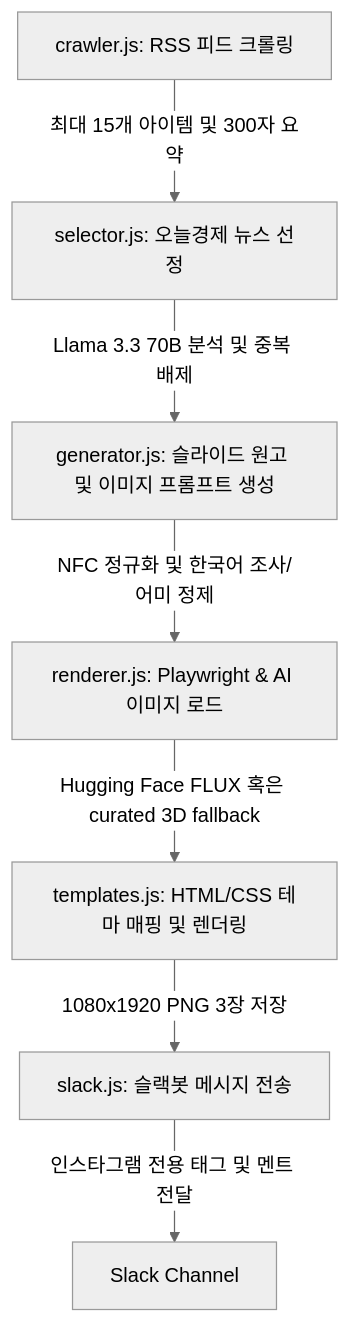
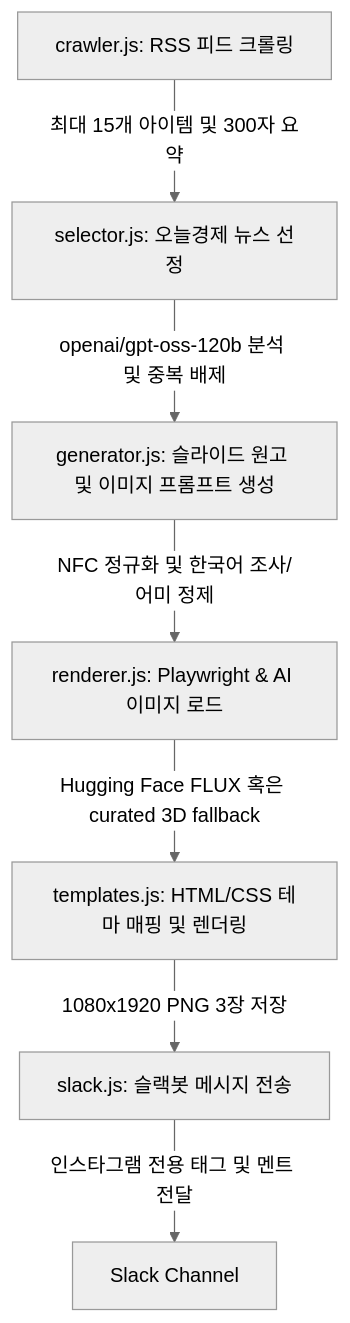
One commit to hallakies/today_econ changed the diagram in AGENTS.md. Above: the diagram before and after it, drawn with Mermaid (neutral theme). The commit also changed other lines of this file and 7 other files, not shown here.

Commit message:
feat & docs: support openai/gpt-oss-120b and tune token parameters

````diff
--- a/AGENTS.md
+++ b/AGENTS.md
@@ -79,9 +78,9 @@
 ```mermaid
 graph TD
     A[crawler.js: RSS 피드 크롤링] -->|최대 15개 아이템 및 300자 요약| B[selector.js: 오늘경제 뉴스 선정]
-    B -->|Llama 3.3 70B 분석 및 중복 배제| C[generator.js: 슬라이드 원고 및 이미지 프롬프트 생성]
+    B -->|openai/gpt-oss-120b 분석 및 중복 배제| C[generator.js: 슬라이드 원고 및 이미지 프롬프트 생성]
     C -->|NFC 정규화 및 한국어 조사/어미 정제| D[renderer.js: Playwright & AI 이미지 로드]
     D -->|Hugging Face FLUX 혹은 curated 3D fallback| E[templates.js: HTML/CSS 테마 매핑 및 렌더링]
     E -->|1080x1920 PNG 3장 저장| F[slack.js: 슬랙봇 메시지 전송]
     F -->|인스타그램 전용 태그 및 멘트 전달| G[Slack Channel]
 ```
````
